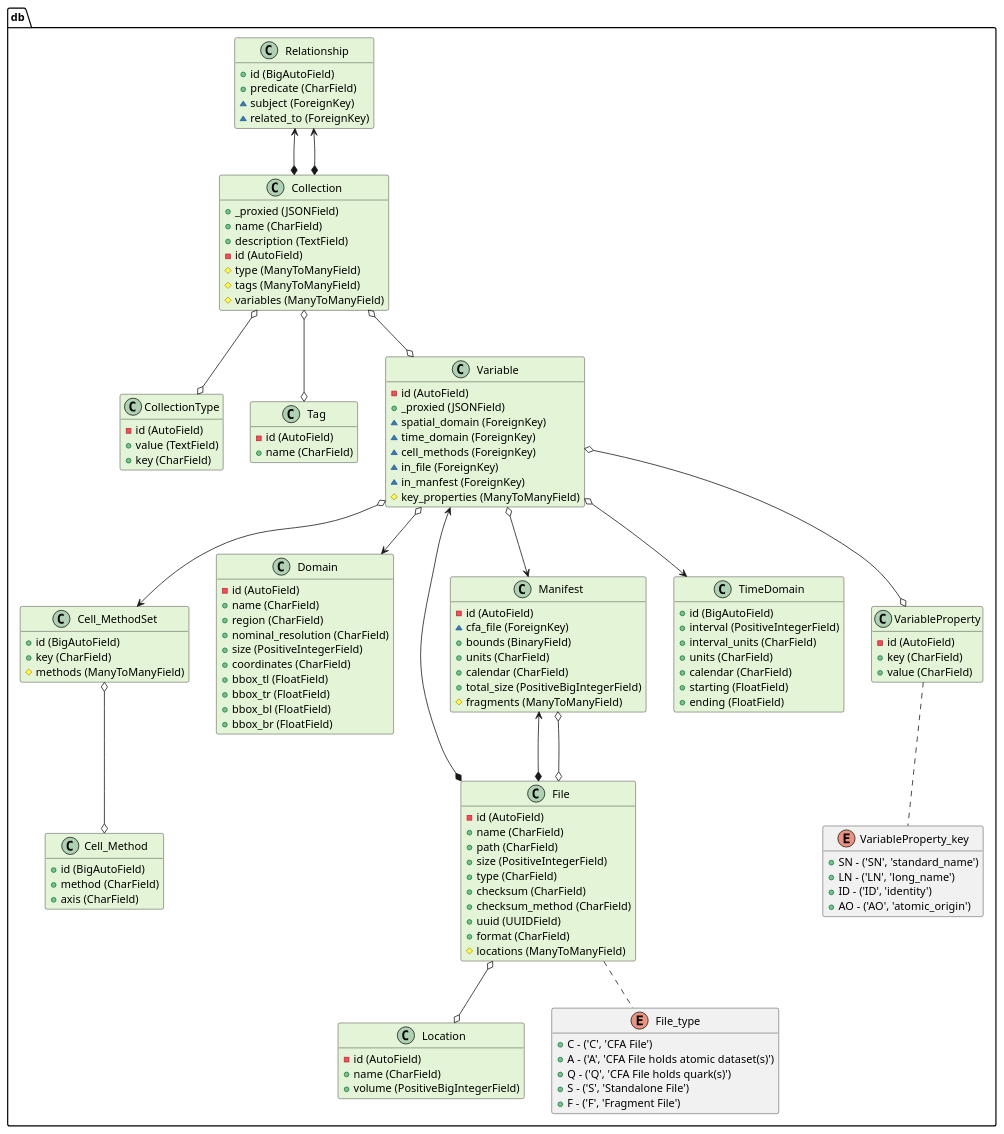
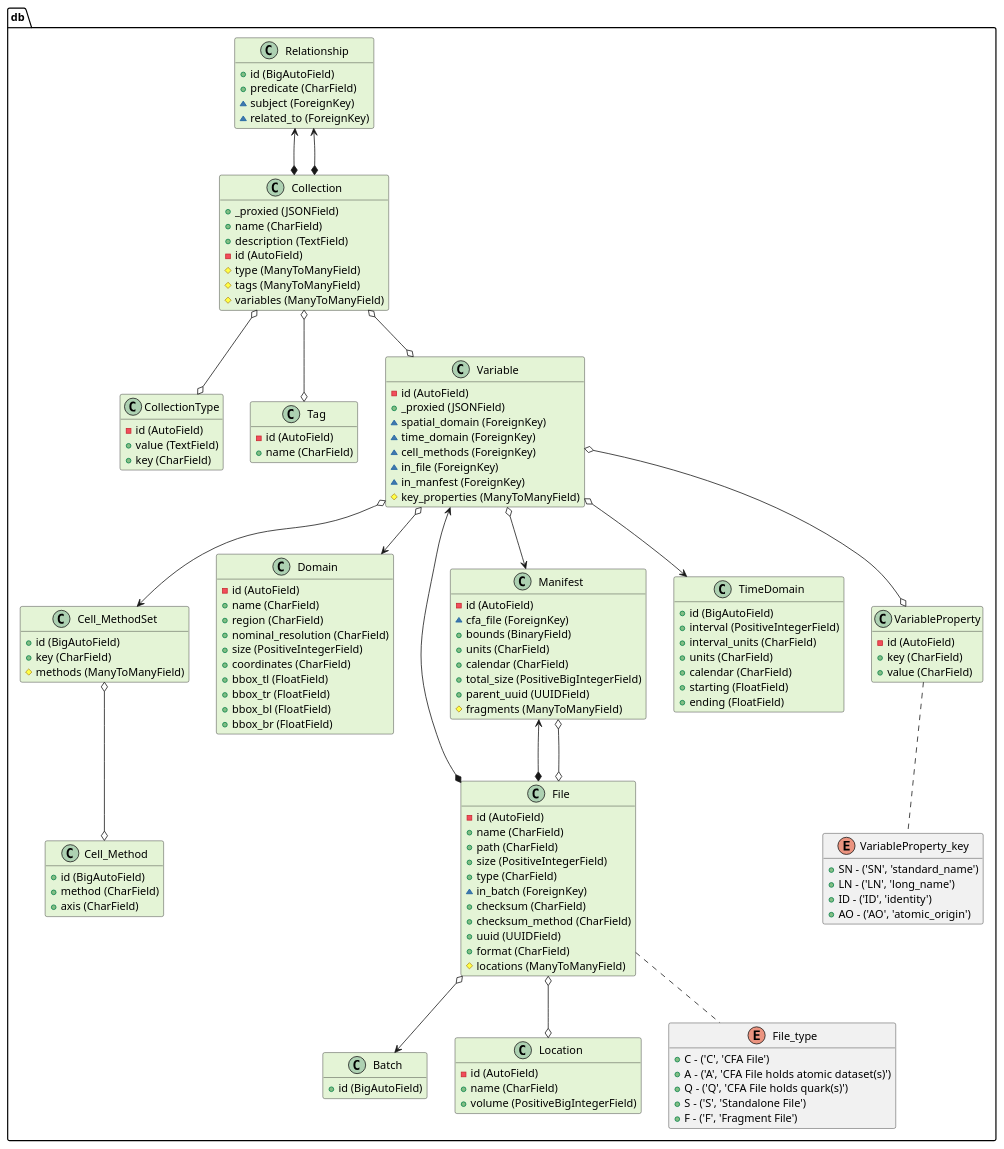
Before and after one commit to bnlawrence/cfs: the diagram in core/docs/db_uml.pu, drawn with PlantUML. The commit also changed 8 other files, not shown here.

```diff
--- a/core/docs/db_uml.pu
+++ b/core/docs/db_uml.pu
@@ -1,157 +1,165 @@
 @startuml 
 hide attributes
 class db.Cell_Method #e4f4d6 {
     + id (BigAutoField)
     + method (CharField)
     + axis (CharField)
 }
 
 
 class db.Cell_MethodSet #e4f4d6 {
     + id (BigAutoField)
     + key (CharField)
     # methods (ManyToManyField)
 }
 db.Cell_MethodSet o--o db.Cell_Method
 
 
 class db.CollectionType #e4f4d6 {
     - id (AutoField)
     + value (TextField)
     + key (CharField)
 }
 
 
 class db.Collection #e4f4d6 {
     + _proxied (JSONField)
     + name (CharField)
     + description (TextField)
     - id (AutoField)
     # type (ManyToManyField)
     # tags (ManyToManyField)
     # variables (ManyToManyField)
 }
 db.Collection o--o db.CollectionType
 db.Collection o--o db.Tag
 db.Collection o--o db.Variable
 
 
+class db.Batch #e4f4d6 {
+    + id (BigAutoField)
+}
+
+
 class db.Domain #e4f4d6 {
     - id (AutoField)
     + name (CharField)
     + region (CharField)
     + nominal_resolution (CharField)
     + size (PositiveIntegerField)
     + coordinates (CharField)
     + bbox_tl (FloatField)
     + bbox_tr (FloatField)
     + bbox_bl (FloatField)
     + bbox_br (FloatField)
 }
 
 
 class db.File #e4f4d6 {
     - id (AutoField)
     + name (CharField)
     + path (CharField)
     + size (PositiveIntegerField)
     + type (CharField)
+    ~ in_batch (ForeignKey)
     + checksum (CharField)
     + checksum_method (CharField)
     + uuid (UUIDField)
     + format (CharField)
     # locations (ManyToManyField)
 }
+db.File o--> db.Batch
 db.File o--o db.Location
 db.File .- db.File_type
 
 
 class db.Location #e4f4d6 {
     - id (AutoField)
     + name (CharField)
     + volume (PositiveBigIntegerField)
 }
 
 
 class db.Manifest #e4f4d6 {
     - id (AutoField)
     ~ cfa_file (ForeignKey)
     + bounds (BinaryField)
     + units (CharField)
     + calendar (CharField)
     + total_size (PositiveBigIntegerField)
+    + parent_uuid (UUIDField)
     # fragments (ManyToManyField)
 }
 db.Manifest <--* db.File
 db.Manifest o--o db.File
 
 
 class db.Relationship #e4f4d6 {
     + id (BigAutoField)
     + predicate (CharField)
     ~ subject (ForeignKey)
     ~ related_to (ForeignKey)
 }
 db.Relationship <--* db.Collection
 db.Relationship <--* db.Collection
 
 
 class db.Tag #e4f4d6 {
     - id (AutoField)
     + name (CharField)
 }
 
 
 class db.TimeDomain #e4f4d6 {
     + id (BigAutoField)
     + interval (PositiveIntegerField)
     + interval_units (CharField)
     + units (CharField)
     + calendar (CharField)
     + starting (FloatField)
     + ending (FloatField)
 }
 
 
 class db.VariableProperty #e4f4d6 {
     - id (AutoField)
     + key (CharField)
     + value (CharField)
 }
 db.VariableProperty .- db.VariableProperty_key
 
 
 class db.Variable #e4f4d6 {
     - id (AutoField)
     + _proxied (JSONField)
     ~ spatial_domain (ForeignKey)
     ~ time_domain (ForeignKey)
     ~ cell_methods (ForeignKey)
     ~ in_file (ForeignKey)
     ~ in_manfest (ForeignKey)
     # key_properties (ManyToManyField)
 }
 db.Variable o--> db.Domain
 db.Variable o--> db.TimeDomain
 db.Variable o--> db.Cell_MethodSet
 db.Variable <--* db.File
 db.Variable o--> db.Manifest
 db.Variable o--o db.VariableProperty
 
 
 enum db.File_type{
     + C - ('C', 'CFA File')
     + A - ('A', 'CFA File holds atomic dataset(s)')
     + Q - ('Q', 'CFA File holds quark(s)')
     + S - ('S', 'Standalone File')
     + F - ('F', 'Fragment File')
 }
 
 enum db.VariableProperty_key{
     + SN - ('SN', 'standard_name')
     + LN - ('LN', 'long_name')
     + ID - ('ID', 'identity')
     + AO - ('AO', 'atomic_origin')
 }
 
 @enduml
```
